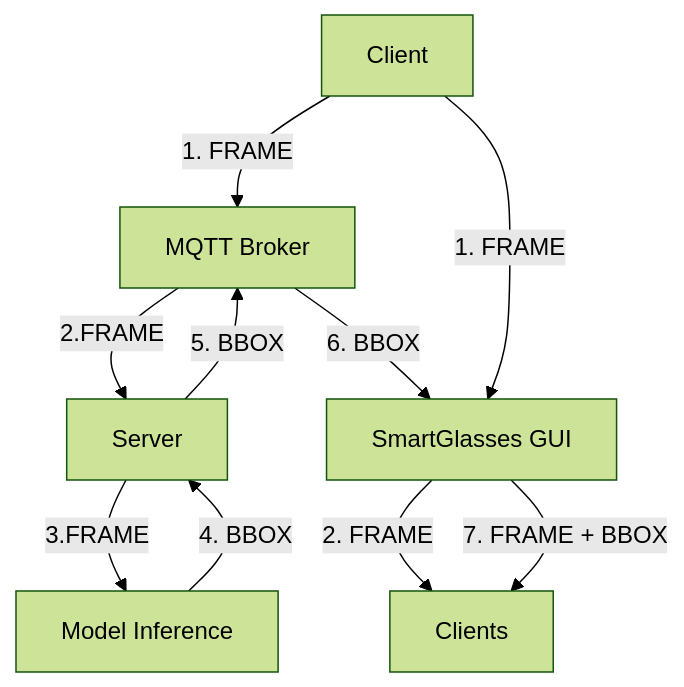
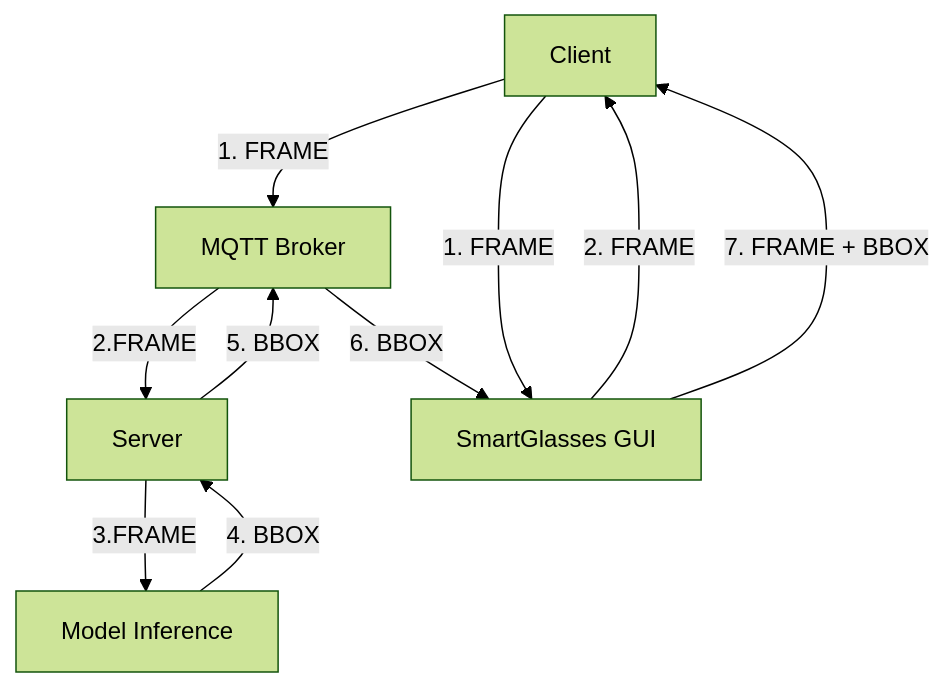
Before and after one commit to riccardosemeraro/B.O.S.S.-Branch-Bellusci-SSD300-VGG16: the second of 6 diagrams in README.md, drawn with Mermaid (forest theme). The commit also changed other lines of this file and 1 other file, not shown here.

````diff
--- a/README.md
+++ b/README.md
@@ -130,8 +126,8 @@
 ```mermaid
 flowchart TB
 
 Client --> |"1. FRAME"| Broker["MQTT Broker"] --> |"2.FRAME"| Server["Server"] --> |"3.FRAME"| Inference["Model Inference"] --> |"4. BBOX"| Server --> |"5. BBOX"| Broker --> |"6. BBOX"| SmartGlasses
-Client["Client"] --> |"1. FRAME"| SmartGlasses["SmartGlasses GUI"] --> |"2. FRAME"| Clients
-SmartGlasses --> |"7. FRAME + BBOX"| Clients
+Client["Client"] --> |"1. FRAME"| SmartGlasses["SmartGlasses GUI"] --> |"2. FRAME"| Client
+SmartGlasses --> |"7. FRAME + BBOX"| Client
 
 ```
````
